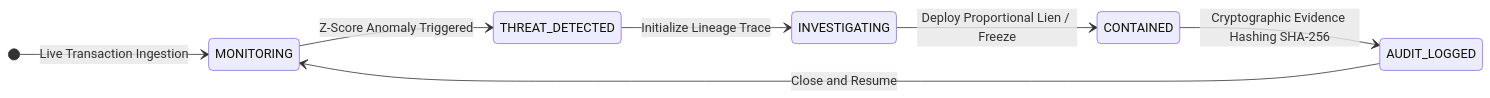
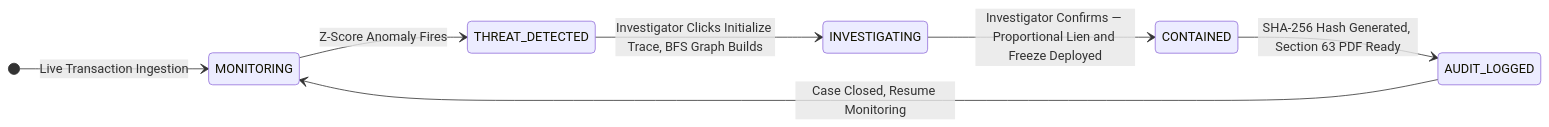
One commit to bhargava562/muskets-containment-radar changed the diagram in README.md. Above: the diagram before and after it, drawn with Mermaid. The commit also changed other lines of this file, not shown here.

````diff
--- a/README.md
+++ b/README.md
@@ -235,10 +132,10 @@
 ```mermaid
 stateDiagram-v2
     direction LR
     [*] --> MONITORING : Live Transaction Ingestion
-    MONITORING --> THREAT_DETECTED : Z-Score Anomaly Triggered
-    THREAT_DETECTED --> INVESTIGATING : Initialize Lineage Trace
-    INVESTIGATING --> CONTAINED : Deploy Proportional Lien / Freeze
-    CONTAINED --> AUDIT_LOGGED : Cryptographic Evidence Hashing SHA-256
-    AUDIT_LOGGED --> MONITORING : Close and Resume
+    MONITORING --> THREAT_DETECTED : Z-Score Anomaly Fires
+    THREAT_DETECTED --> INVESTIGATING : Investigator Clicks Initialize Trace, BFS Graph Builds
+    INVESTIGATING --> CONTAINED : Investigator Confirms — Proportional Lien and Freeze Deployed
+    CONTAINED --> AUDIT_LOGGED : SHA-256 Hash Generated, Section 63 PDF Ready
+    AUDIT_LOGGED --> MONITORING : Case Closed, Resume Monitoring
 ```
````
